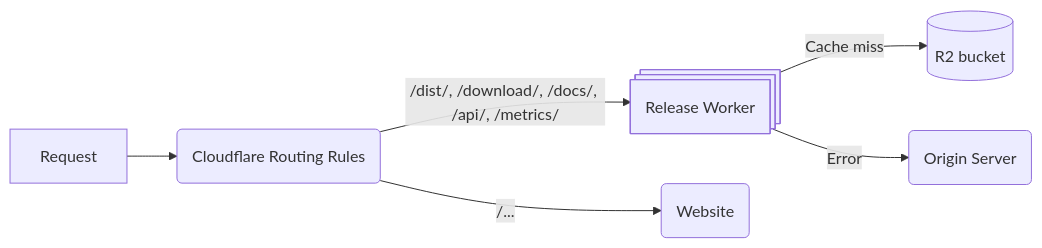
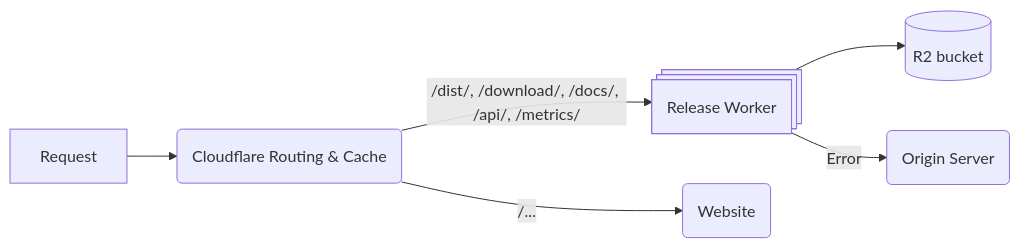
The first of 2 diagrams in docs/architecture.md (nodejs/release-cloudflare-worker), drawn with Mermaid before and after one commit. The commit also changed other lines of this file and 9 other files, not shown here.

````diff
--- a/docs/architecture.md
+++ b/docs/architecture.md
@@ -9,11 +9,11 @@
 ```mermaid
 flowchart LR
-    request[Request] --> cloudflare(Cloudflare Routing Rules)
+    request[Request] --> cloudflare(Cloudflare Routing & Cache)
     cloudflare -- /dist/, /download/, /docs/, /api/, /metrics/ --> worker@{ shape: procs, label: "Release Worker"}
     cloudflare -- /... --> website(Website)
-    worker -- Cache miss --> r2[(R2 bucket)]
+    worker --> r2[(R2 bucket)]
     worker -- Error --> originServer(Origin Server)
     originServer
     website
     r2
 ```
````
